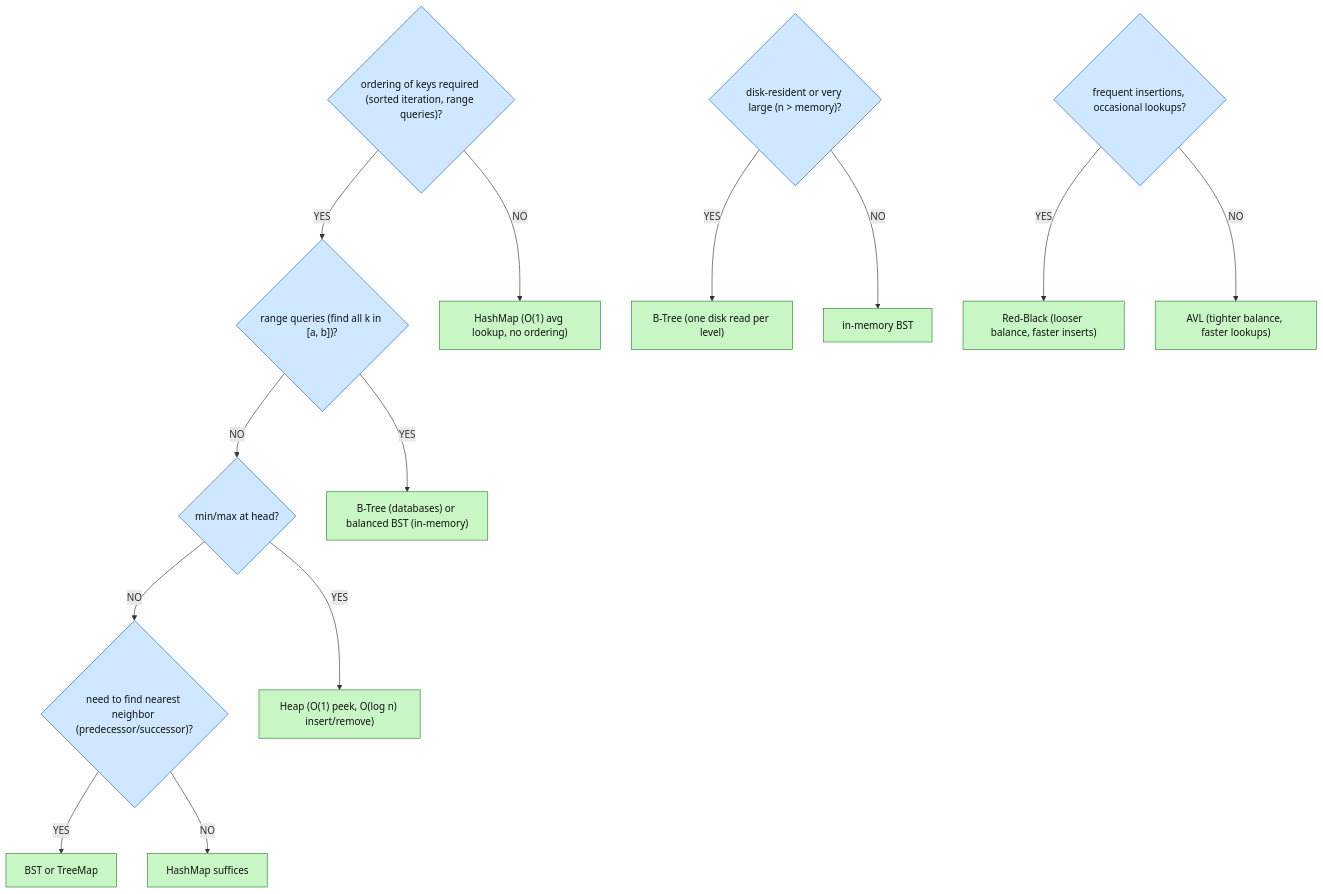
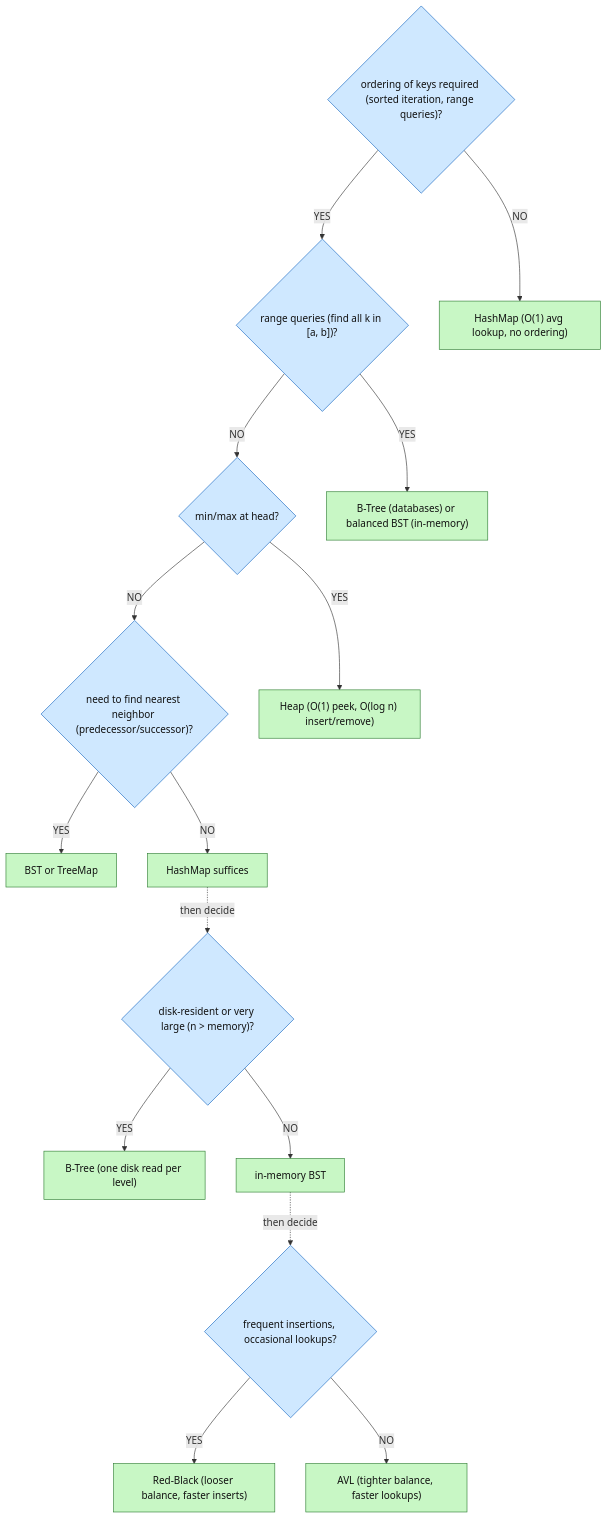
The fifth of 5 diagrams in 02_Data_Structures/01f_Trees_Heaps.md (SaiHarsha502vvit/Daily-Prep), drawn with Mermaid before and after one commit. The commit also changed 9 other files, not shown here.

First line of the commit message:
docs(data-structures): decision trees to Mermaid in A3/A4 and connect chained questions

````diff
--- a/02_Data_Structures/01f_Trees_Heaps.md
+++ b/02_Data_Structures/01f_Trees_Heaps.md
@@ -1181,25 +1181,27 @@
 ```mermaid
 flowchart TD
     Q0{"ordering of keys required (sorted iteration, range queries)?"}
     Q1{"range queries (find all k in [a, b])?"}
     Q2{"min/max at head?"}
     Q3{"need to find nearest neighbor (predecessor/successor)?"}
     Q4{"disk-resident or very large (n &gt; memory)?"}
     Q5{"frequent insertions, occasional lookups?"}
     Q0 -- YES --> Q1
     Q0 -- NO --> A1["HashMap (O(1) avg lookup, no ordering)"]
     Q1 -- YES --> A2["B-Tree (databases) or balanced BST (in-memory)"]
     Q1 -- NO --> Q2
     Q2 -- YES --> A3["Heap (O(1) peek, O(log n) insert/remove)"]
     Q2 -- NO --> Q3
     Q3 -- YES --> A4["BST or TreeMap"]
     Q3 -- NO --> A5["HashMap suffices"]
     Q4 -- YES --> A6["B-Tree (one disk read per level)"]
     Q4 -- NO --> A7["in-memory BST"]
     Q5 -- YES --> A8["Red-Black (looser balance, faster inserts)"]
     Q5 -- NO --> A9["AVL (tighter balance, faster lookups)"]
+    A5 -. "then decide" .-> Q4
+    A7 -. "then decide" .-> Q5
     classDef ask fill:#cfe8ff,stroke:#1565c0,color:#111
     classDef ans fill:#c8f7c5,stroke:#2e7d32,color:#111
     class Q0,Q1,Q2,Q3,Q4,Q5 ask
     class A1,A2,A3,A4,A5,A6,A7,A8,A9 ans
 ```
````
